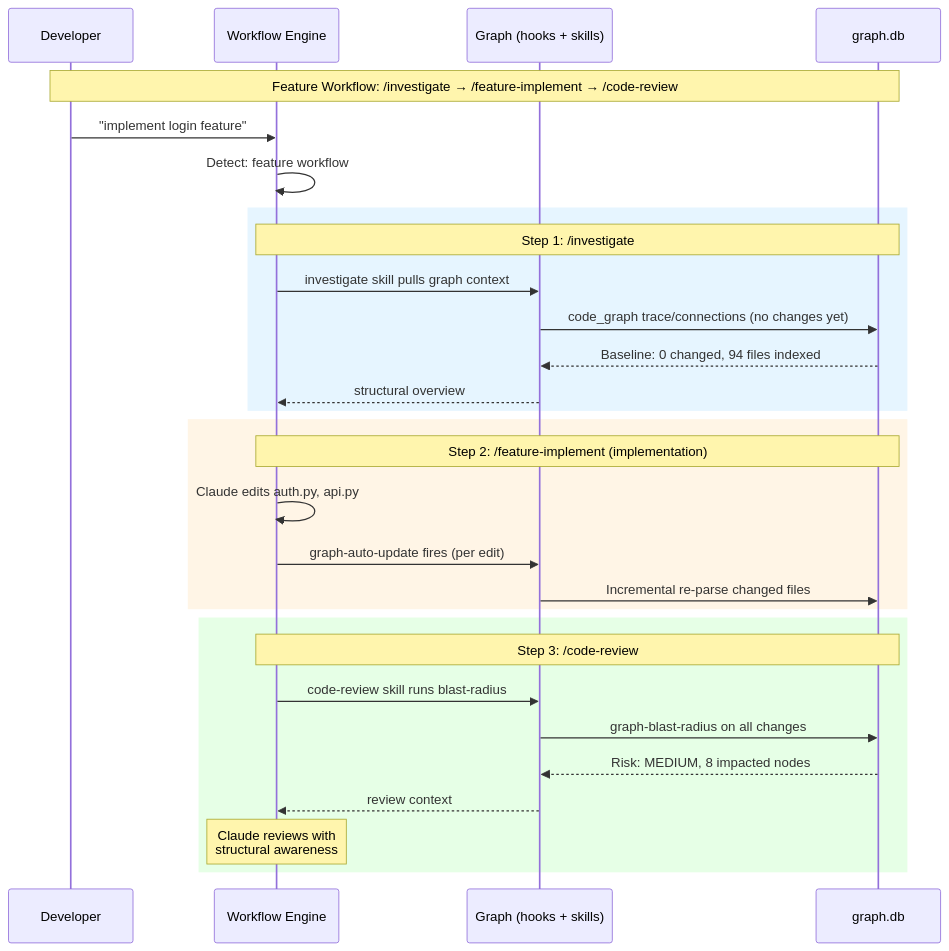
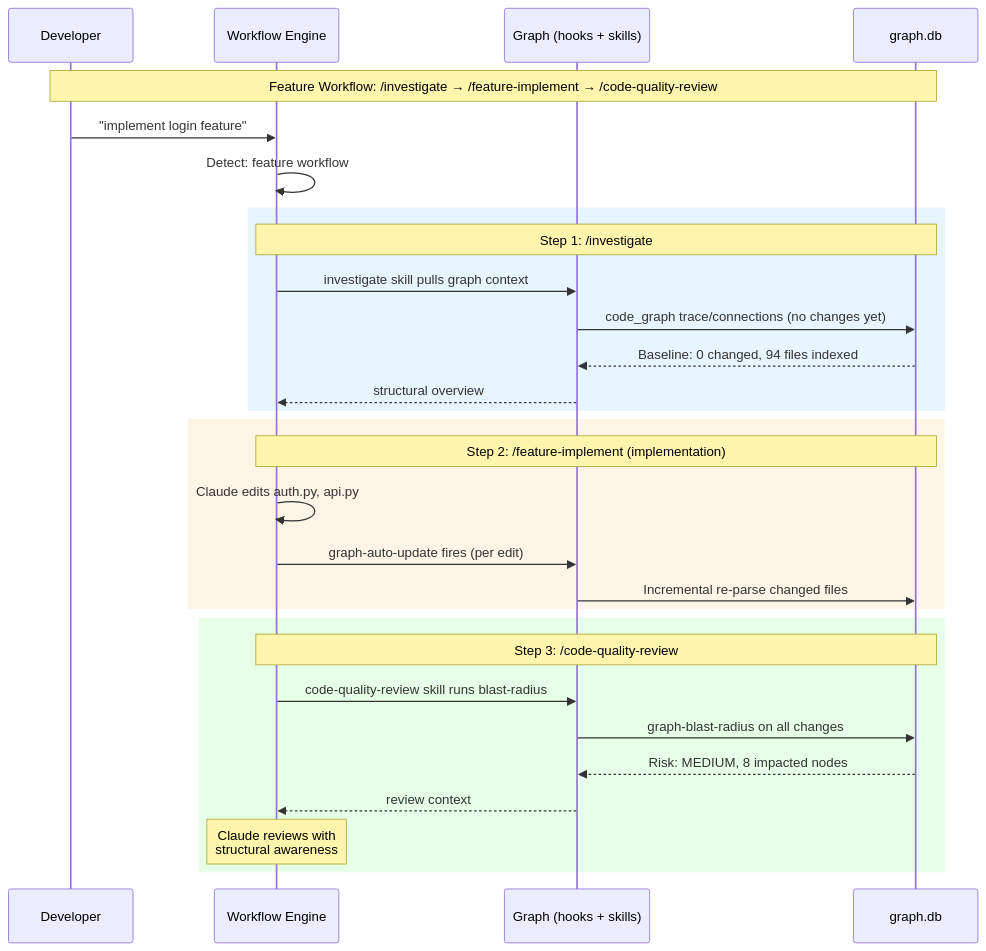
The sixth of 8 diagrams in .claude/docs/code-graph-mechanism.md (duc01226/easy-claude), drawn with Mermaid before and after one commit. The commit also changed other lines of this file and 506 other files, not shown here.

````diff
--- a/.claude/docs/code-graph-mechanism.md
+++ b/.claude/docs/code-graph-mechanism.md
@@ -546,36 +546,36 @@
 ```mermaid
 sequenceDiagram
     participant Dev as Developer
     participant WF as Workflow Engine
     participant Hook as Graph (hooks + skills)
     participant Graph as graph.db
 
-    Note over Dev,Graph: Feature Workflow: /investigate → /feature-implement → /code-review
+    Note over Dev,Graph: Feature Workflow: /investigate → /feature-implement → /code-quality-review
 
     Dev->>WF: "implement login feature"
     WF->>WF: Detect: feature workflow
 
     rect rgb(230, 245, 255)
         Note over WF,Graph: Step 1: /investigate
         WF->>Hook: investigate skill pulls graph context
         Hook->>Graph: code_graph trace/connections (no changes yet)
         Graph-->>Hook: Baseline: 0 changed, 94 files indexed
         Hook-->>WF: structural overview
     end
 
     rect rgb(255, 245, 230)
         Note over WF,Graph: Step 2: /feature-implement (implementation)
         WF->>WF: Claude edits auth.py, api.py
         WF->>Hook: graph-auto-update fires (per edit)
         Hook->>Graph: Incremental re-parse changed files
     end
 
     rect rgb(230, 255, 230)
-        Note over WF,Graph: Step 3: /code-review
-        WF->>Hook: code-review skill runs blast-radius
+        Note over WF,Graph: Step 3: /code-quality-review
+        WF->>Hook: code-quality-review skill runs blast-radius
         Hook->>Graph: graph-blast-radius on all changes
         Graph-->>Hook: Risk: MEDIUM, 8 impacted nodes
         Hook-->>WF: review context
         Note over WF: Claude reviews with<br/>structural awareness
     end
 ```
````
